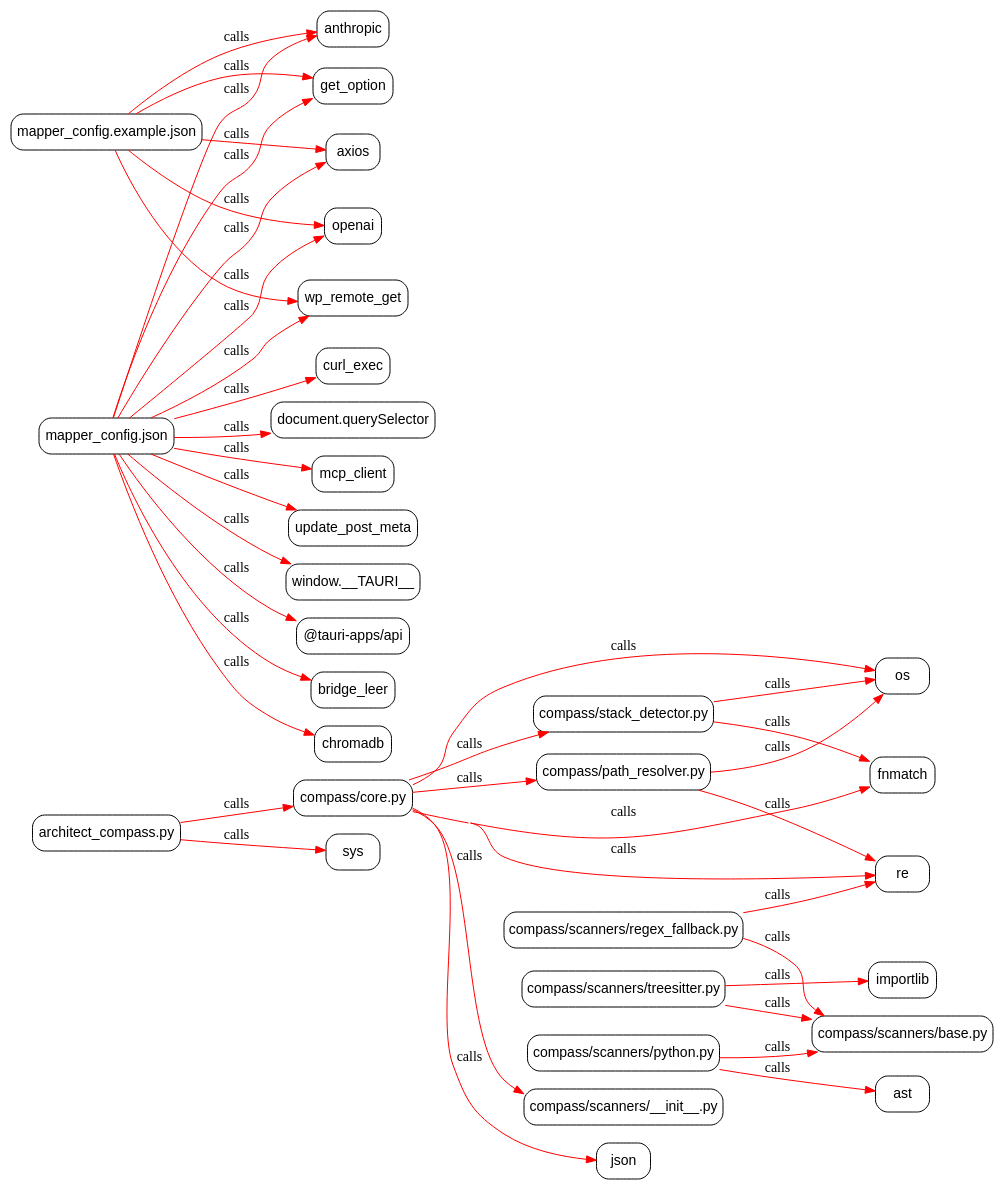
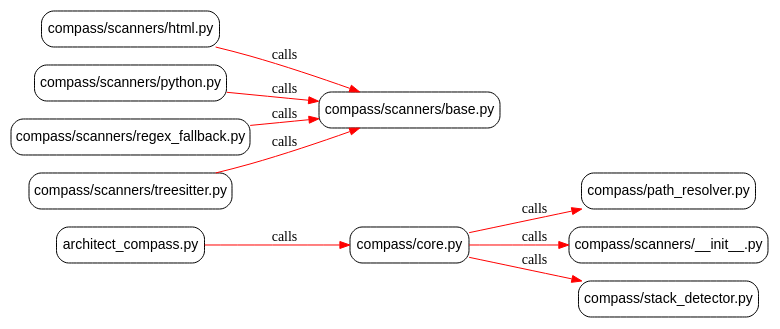
The diagram in .map/connectivity.dot (betovildoza/Architect_compass), drawn with Graphviz before and after one commit. The commit also changed 13 other files, not shown here.

```diff
--- a/.map/connectivity.dot
+++ b/.map/connectivity.dot
@@ -1,42 +1,13 @@
 digraph G {
     rankdir=LR;
     concentrate=true;
     node [shape=box, style=rounded, fontname="Arial"];
     "architect_compass.py" -> "compass/core.py" [label="calls", color="red"];
-    "architect_compass.py" -> "sys" [label="calls", color="red"];
     "compass/core.py" -> "compass/path_resolver.py" [label="calls", color="red"];
     "compass/core.py" -> "compass/scanners/__init__.py" [label="calls", color="red"];
     "compass/core.py" -> "compass/stack_detector.py" [label="calls", color="red"];
-    "compass/core.py" -> "fnmatch" [label="calls", color="red"];
-    "compass/core.py" -> "json" [label="calls", color="red"];
-    "compass/core.py" -> "os" [label="calls", color="red"];
-    "compass/core.py" -> "re" [label="calls", color="red"];
-    "compass/path_resolver.py" -> "os" [label="calls", color="red"];
-    "compass/path_resolver.py" -> "re" [label="calls", color="red"];
-    "compass/scanners/python.py" -> "ast" [label="calls", color="red"];
+    "compass/scanners/html.py" -> "compass/scanners/base.py" [label="calls", color="red"];
     "compass/scanners/python.py" -> "compass/scanners/base.py" [label="calls", color="red"];
     "compass/scanners/regex_fallback.py" -> "compass/scanners/base.py" [label="calls", color="red"];
-    "compass/scanners/regex_fallback.py" -> "re" [label="calls", color="red"];
     "compass/scanners/treesitter.py" -> "compass/scanners/base.py" [label="calls", color="red"];
-    "compass/scanners/treesitter.py" -> "importlib" [label="calls", color="red"];
-    "compass/stack_detector.py" -> "fnmatch" [label="calls", color="red"];
-    "compass/stack_detector.py" -> "os" [label="calls", color="red"];
-    "mapper_config.example.json" -> "anthropic" [label="calls", color="red"];
-    "mapper_config.example.json" -> "axios" [label="calls", color="red"];
-    "mapper_config.example.json" -> "get_option" [label="calls", color="red"];
-    "mapper_config.example.json" -> "openai" [label="calls", color="red"];
-    "mapper_config.example.json" -> "wp_remote_get" [label="calls", color="red"];
-    "mapper_config.json" -> "@tauri-apps/api" [label="calls", color="red"];
-    "mapper_config.json" -> "anthropic" [label="calls", color="red"];
-    "mapper_config.json" -> "axios" [label="calls", color="red"];
-    "mapper_config.json" -> "bridge_leer" [label="calls", color="red"];
-    "mapper_config.json" -> "chromadb" [label="calls", color="red"];
-    "mapper_config.json" -> "curl_exec" [label="calls", color="red"];
-    "mapper_config.json" -> "document.querySelector" [label="calls", color="red"];
-    "mapper_config.json" -> "get_option" [label="calls", color="red"];
-    "mapper_config.json" -> "mcp_client" [label="calls", color="red"];
-    "mapper_config.json" -> "openai" [label="calls", color="red"];
-    "mapper_config.json" -> "update_post_meta" [label="calls", color="red"];
-    "mapper_config.json" -> "window.__TAURI__" [label="calls", color="red"];
-    "mapper_config.json" -> "wp_remote_get" [label="calls", color="red"];
 }
```
